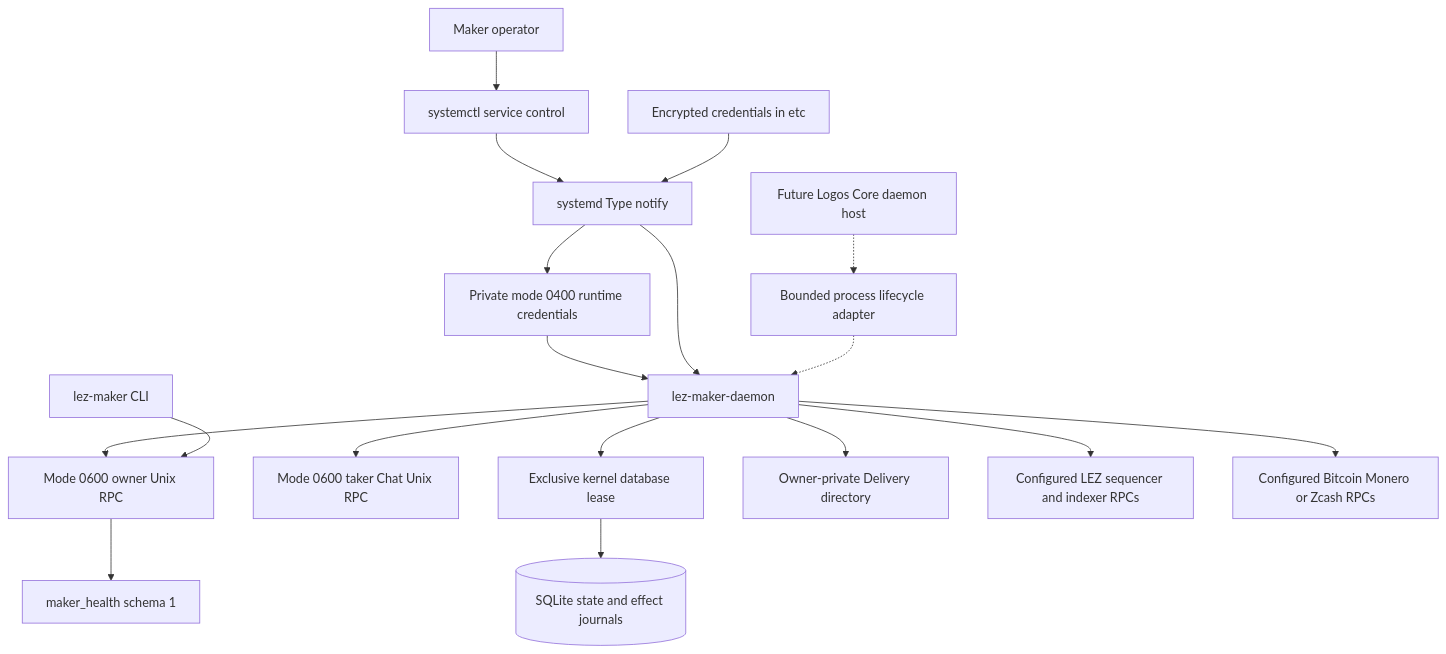
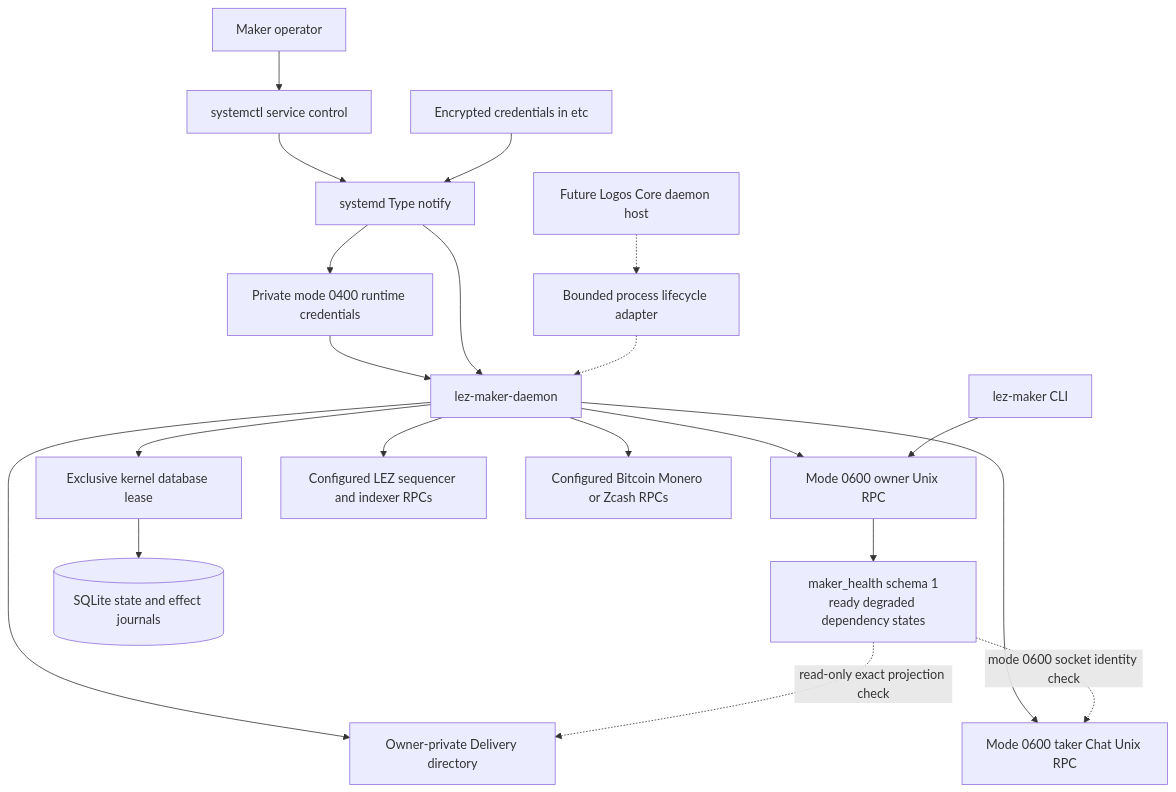
The seventh of 18 diagrams in docs/architecture/deployment-components-and-rpcs.md (gateway-fm/lez-atomic-swaps), drawn with Mermaid before and after one commit. The commit also changed other lines of this file and 15 other files, not shown here.

````diff
--- a/docs/architecture/deployment-components-and-rpcs.md
+++ b/docs/architecture/deployment-components-and-rpcs.md
@@ -717,38 +717,40 @@
 ```mermaid
 flowchart TB
     Operator[Maker operator]
     Systemctl[systemctl service control]
     Systemd[systemd Type notify]
     Core[Future Logos Core daemon host]
     Adapter[Bounded process lifecycle adapter]
     Encrypted[Encrypted credentials in etc]
     RuntimeCredentials[Private mode 0400 runtime credentials]
     Daemon[lez-maker-daemon]
-    Health[maker_health schema 1]
+    Health[maker_health schema 1<br/>ready degraded dependency states]
     OwnerSocket[Mode 0600 owner Unix RPC]
     ChatSocket[Mode 0600 taker Chat Unix RPC]
     Lease[Exclusive kernel database lease]
     Store[(SQLite state and effect journals)]
     Delivery[Owner-private Delivery directory]
     LezRpc[Configured LEZ sequencer and indexer RPCs]
     ForeignRpc[Configured Bitcoin Monero or Zcash RPCs]
     MakerCli[lez-maker CLI]
 
     Operator --> Systemctl
     Systemctl --> Systemd
     Encrypted --> Systemd
     Systemd --> RuntimeCredentials
     RuntimeCredentials --> Daemon
     Systemd --> Daemon
     Core -.-> Adapter
     Adapter -.-> Daemon
     Daemon --> Lease
     Lease --> Store
     Daemon --> Delivery
     Daemon --> OwnerSocket
     Daemon --> ChatSocket
     Daemon --> LezRpc
     Daemon --> ForeignRpc
     MakerCli --> OwnerSocket
     OwnerSocket --> Health
+    Health -.->|read-only exact projection check| Delivery
+    Health -.->|mode 0600 socket identity check| ChatSocket
 ```
````
